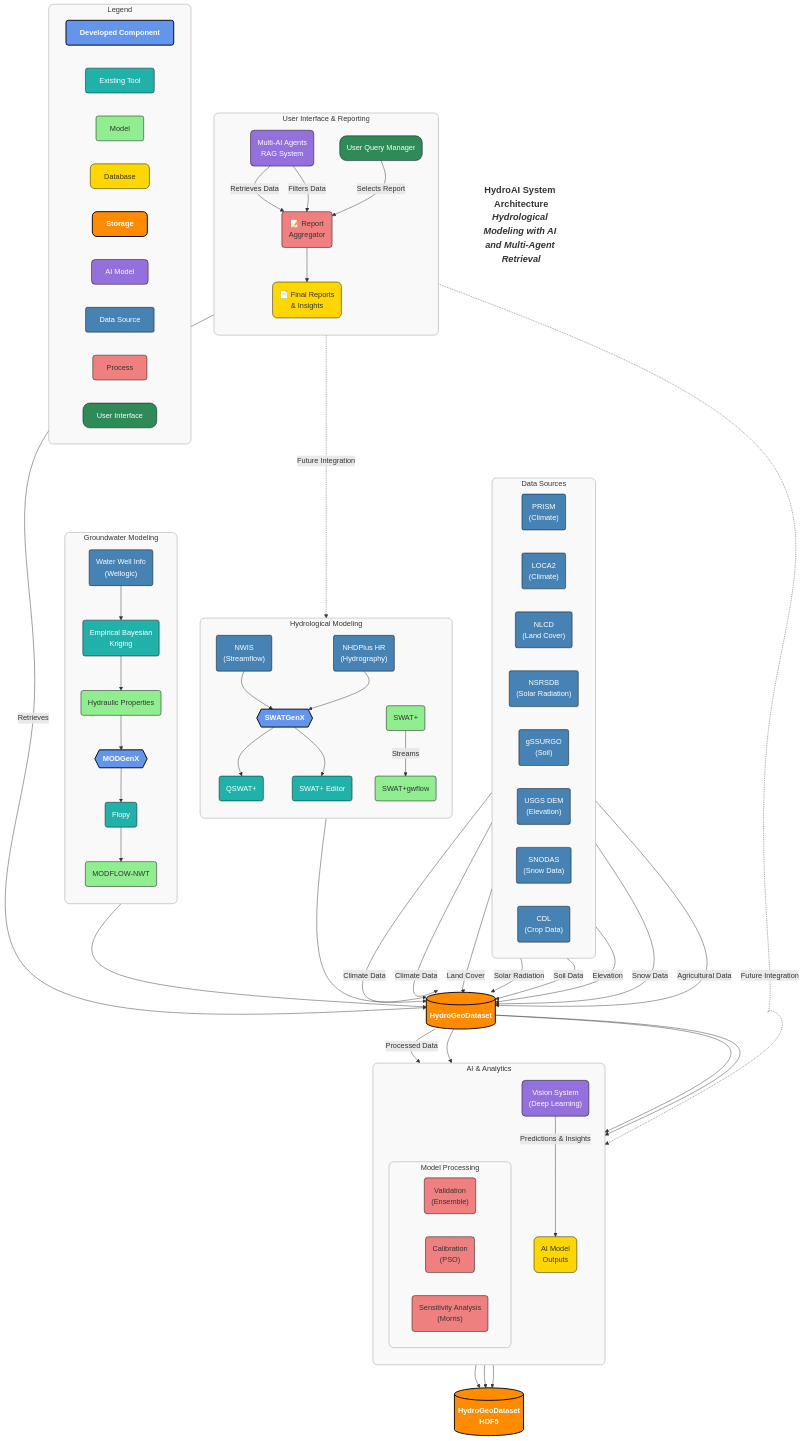
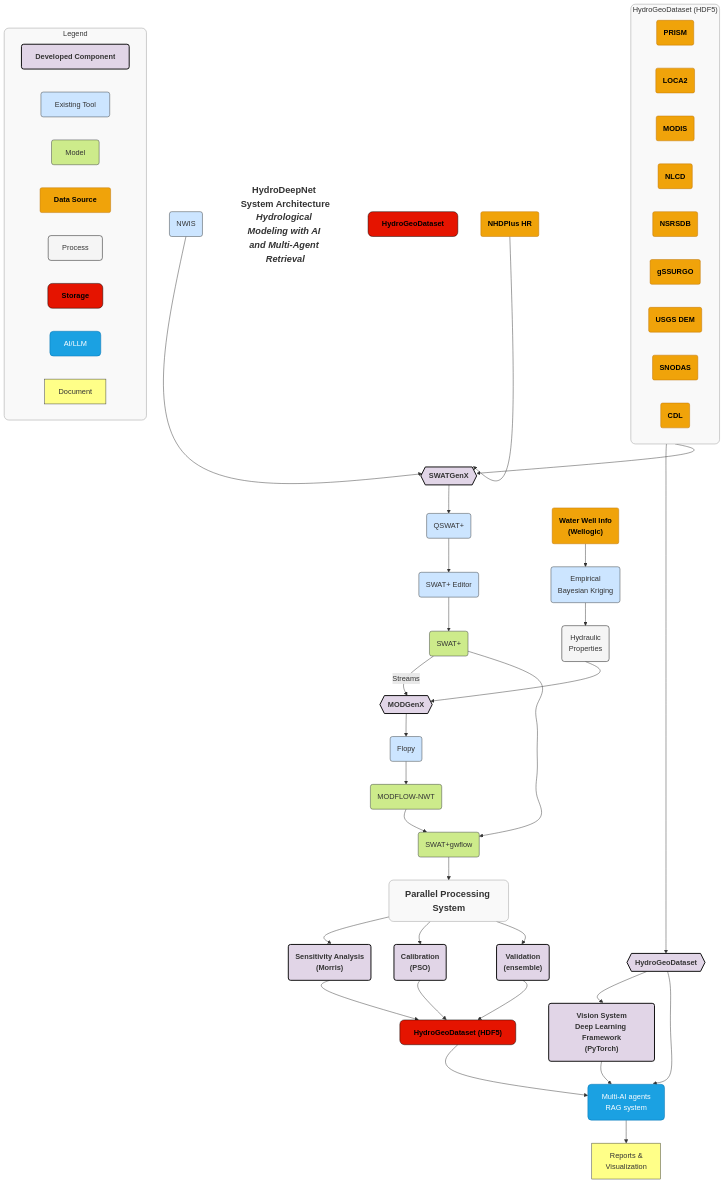
The diagram in README.md (VahidMSU/HydroDeepNet), drawn with Mermaid before and after one commit.

Commit message:
Fix Mermaid rendering issue

````diff
--- a/README.md
+++ b/README.md
@@ -1,85 +1,68 @@
 ```mermaid
 %%{init: {'theme': 'default', 'flowchart': {'curve': 'natural', 'diagramPadding': 20}, 'themeVariables': {'fontSize': '16px', 'fontFamily': 'arial'}}}%%
 graph TB
-    title["<b>HydroAI System Architecture</b><br><i>Hydrological Modeling with AI and Multi-Agent Retrieval</i>"]:::title
+    title["<b>HydroDeepNet System Architecture</b><br><i>Hydrological Modeling with AI and Multi-Agent Retrieval</i>"]:::title
 
-    %% Main subgraphs for logical organization
-    subgraph DataSources["Data Sources"]
+    %% Main data storage components
+    hydroGeoDatasetCyl["HydroGeoDataset"]:::storage
+    hydroGeoHDFCyl["HydroGeoDataset (HDF5)"]:::storage
+    
+    %% Data Sources group
+    subgraph DataSources["HydroGeoDataset (HDF5)"]
         direction LR
-        PRISM("PRISM<br>(Climate)"):::datasource
-        LOCA2("LOCA2<br>(Climate)"):::datasource
-        NLCD("NLCD<br>(Land Cover)"):::datasource
-        NSRSDB("NSRSDB<br>(Solar Radiation)"):::datasource
-        gSSURGO("gSSURGO<br>(Soil)"):::datasource
-        USGSDEM("USGS DEM<br>(Elevation)"):::datasource
-        SNODAS("SNODAS<br>(Snow Data)"):::datasource
-        CDL("CDL<br>(Crop Data)"):::datasource
+        PRISM("PRISM"):::datasource
+        LOCA2("LOCA2"):::datasource
+        MODIS("MODIS"):::datasource
+        NLCD("NLCD"):::datasource
+        NSRSDB("NSRSDB"):::datasource
+        gSSURGO("gSSURGO"):::datasource
+        USGSDEM("USGS DEM"):::datasource
+        SNODAS("SNODAS"):::datasource
+        CDL("CDL"):::datasource
     end
 
-    subgraph HydroModels["Hydrological Modeling"]
-        direction TB
-        NWIS("NWIS<br>(Streamflow)"):::datasource
-        NHDPlusHR("NHDPlus HR<br>(Hydrography)"):::datasource
-        SWATGenX{{SWATGenX}}:::developed
-        QSWATPlus("QSWAT+"):::existing
-        SWATPlusEditor("SWAT+ Editor"):::existing
-        SWATPlus("SWAT+"):::models
-        SWATPlusGwflow("SWAT+gwflow"):::models
-    end
+    %% Hydrological Modeling components
+    NWIS("NWIS"):::existing
+    NHDPlusHR("NHDPlus HR"):::datasource
+    SWATGenX{{SWATGenX}}:::developed
+    QSWATPlus("QSWAT+"):::existing
+    SWATPlusEditor("SWAT+ Editor"):::existing
+    SWATPlus("SWAT+"):::models
+    SWATPlusGwflow("SWAT+gwflow"):::models
 
-    subgraph GWModels["Groundwater Modeling"]
-        direction TB
-        WellInfo("Water Well Info<br>(Wellogic)"):::datasource
-        EBK("Empirical Bayesian<br>Kriging"):::existing
-        HydraulicProps("Hydraulic Properties"):::models
-        MODGenX{{MODGenX}}:::developed
-        Flopy("Flopy"):::existing
-        MODFLOWNWT("MODFLOW-NWT"):::models
-    end
-    
-    subgraph AI["AI & Analytics"]
-        direction TB
-        VisionSystem("Vision System<br>(Deep Learning)"):::llm
-        AI_Output("AI Model<br>Outputs"):::database
-        
-        subgraph ModelProcessing["Model Processing"]
-            direction LR
-            Validation("Validation<br>(Ensemble)"):::process
-            Calibration("Calibration<br>(PSO)"):::process
-            Sensitivity("Sensitivity Analysis<br>(Morris)"):::process
-        end
-    end
-    
-    subgraph UserInterface["User Interface & Reporting"]
-        direction TB
-        UserQuery("User Query Manager"):::user
-        MultiAI("Multi-AI Agents<br>RAG System"):::llm
-        ReportAggregator("📝 Report<br>Aggregator"):::process
-        Reports("📄 Final Reports<br>& Insights"):::database
-    end
-    
-    %% Central data storage
-    HydroGeoDataset[("HydroGeoDataset")]:::storage
-    HydroGeoDataset_HDF5[("HydroGeoDataset<br>HDF5")]:::storage
-    
+    %% Groundwater Modeling components
+    WellInfo("Water Well Info<br>(Wellogic)"):::datasource
+    EBK("Empirical<br>Bayesian Kriging"):::existing
+    HydraulicProps("Hydraulic<br>Properties"):::process
+    MODGenX{{MODGenX}}:::developed
+    Flopy("Flopy"):::existing
+    MODFLOWNWT("MODFLOW-NWT"):::models
+
+    %% Parallel Processing System
+    PPS["Parallel Processing System"]:::title
+    Validation("Validation<br>(ensemble)"):::developed
+    Calibration("Calibration<br>(PSO)"):::developed
+    Sensitivity("Sensitivity Analysis<br>(Morris)"):::developed
+
+    %% AI and Reporting
+    VisionSystem("Vision System<br>Deep Learning Framework<br>(PyTorch)"):::developed
+    MultiAI["Multi-AI agents<br>RAG system"]:::llm
+    Reports["Reports &<br>Visualization"]:::document
+    HydroGeoProcessor{{HydroGeoDataset}}:::developed
+
     %% Connections between components
-    %% Data source connections
-    PRISM -->|Climate Data| HydroGeoDataset
-    LOCA2 -->|Climate Data| HydroGeoDataset
-    NLCD -->|Land Cover| HydroGeoDataset
-    NSRSDB -->|Solar Radiation| HydroGeoDataset
-    gSSURGO -->|Soil Data| HydroGeoDataset
-    USGSDEM -->|Elevation| HydroGeoDataset
-    SNODAS -->|Snow Data| HydroGeoDataset
-    CDL -->|Agricultural Data| HydroGeoDataset
+    %% Data source to processor
+    DataSources --> HydroGeoProcessor
+    DataSources --> SWATGenX
 
     %% Hydrological modeling connections
     NWIS --> SWATGenX
     NHDPlusHR --> SWATGenX
     SWATGenX --> QSWATPlus
-    SWATGenX --> SWATPlusEditor
-    SWATPlus -->|Streams| SWATPlusGwflow
-    SWATPlusGwflow --> HydroGeoDataset
+    QSWATPlus --> SWATPlusEditor
+    SWATPlusEditor --> SWATPlus
+    SWATPlus -->|Streams| MODGenX
+    SWATPlus --> SWATPlusGwflow
 
     %% Groundwater modeling connections
     WellInfo --> EBK
@@ -87,58 +70,49 @@
     HydraulicProps --> MODGenX
     MODGenX --> Flopy
     Flopy --> MODFLOWNWT
-    MODFLOWNWT --> HydroGeoDataset
+    
+    %% Parallel Processing connections
+    SWATPlusGwflow --> PPS
+    MODFLOWNWT --> SWATPlusGwflow
+    PPS --> Sensitivity
+    PPS --> Calibration 
+    PPS --> Validation
+    Sensitivity --> hydroGeoHDFCyl
+    Calibration --> hydroGeoHDFCyl
+    Validation --> hydroGeoHDFCyl
 
-    %% AI & Analytics connections
-    HydroGeoDataset -->|Processed Data| VisionSystem
-    VisionSystem -->|Predictions & Insights| AI_Output
+    %% AI and storage connections
+    HydroGeoProcessor --> VisionSystem
+    VisionSystem --> MultiAI
+    hydroGeoHDFCyl --> MultiAI
+    HydroGeoProcessor --> MultiAI
+    MultiAI --> Reports
     
-    %% Processing connections
-    HydroGeoDataset --> Validation
-    HydroGeoDataset --> Calibration
-    HydroGeoDataset --> Sensitivity
-    Validation --> HydroGeoDataset_HDF5
-    Calibration --> HydroGeoDataset_HDF5
-    Sensitivity --> HydroGeoDataset_HDF5
-
-    %% User interface connections
-    MultiAI -->|Retrieves Data| ReportAggregator
-    ReportAggregator --> Reports
-    MultiAI -->|Retrieves| HydroGeoDataset
-    MultiAI -->|Filters Data| ReportAggregator
-    UserQuery -->|Selects Report| ReportAggregator
-
-    %% Future connections
-    MultiAI -.->|Future Integration| AI_Output
-    MultiAI -.->|Future Integration| SWATPlusGwflow
-
     %% Legend
     subgraph Legend["Legend"]
         direction LR
         dev["Developed Component"]:::developed
         ex["Existing Tool"]:::existing
         mod["Model"]:::models
-        db["Database"]:::database
-        sto["Storage"]:::storage
-        llm["AI Model"]:::llm
         ds["Data Source"]:::datasource
         proc["Process"]:::process
-        usr["User Interface"]:::user
+        stor["Storage"]:::storage
+        ai["AI/LLM"]:::llm
+        doc["Document"]:::document
     end
 
-    %% Enhanced styling with better colors
+    %% Enhanced styling with colors from the original diagram
     classDef title font-size:20px,fill:none,stroke:none,font-weight:bold,text-align:center
-    classDef developed fill:#6495ED,stroke:#000,stroke-width:2px,rx:5,ry:5,color:white,font-weight:bold
-    classDef existing fill:#20B2AA,stroke:#000,stroke-width:1px,rx:5,ry:5,color:white
-    classDef models fill:#90EE90,stroke:#000,stroke-width:1px,rx:5,ry:5
-    classDef database fill:#FFD700,stroke:#000,stroke-width:1px,rx:10,ry:10
-    classDef storage fill:#FF8C00,stroke:#000,stroke-width:2px,rx:10,ry:10,color:white,font-weight:bold
-    classDef llm fill:#9370DB,stroke:#000,stroke-width:1px,rx:8,ry:8,color:white
-    classDef datasource fill:#4682B4,stroke:#000,stroke-width:1px,rx:4,ry:4,color:white
-    classDef process fill:#F08080,stroke:#000,stroke-width:1px,rx:6,ry:6
-    classDef user fill:#2E8B57,stroke:#000,stroke-width:1px,rx:15,ry:15,color:white
-
+    classDef developed fill:#e1d5e7,stroke:#000000,stroke-width:2px,rx:5,ry:5,font-weight:bold
+    classDef existing fill:#cce5ff,stroke:#36393d,stroke-width:1px,rx:5,ry:5
+    classDef models fill:#cdeb8b,stroke:#36393d,stroke-width:1px,rx:5,ry:5
+    classDef datasource fill:#f0a30a,stroke:#BD7000,stroke-width:1px,rx:4,ry:4,color:#000000,font-weight:bold
+    classDef process fill:#f5f5f5,stroke:#000000,stroke-width:1px,rx:6,ry:6
+    classDef storage fill:#e51400,stroke:#000000,stroke-width:1px,rx:10,ry:10,color:#000000,font-weight:bold
+    classDef llm fill:#1ba1e2,stroke:#006EAF,stroke-width:1px,rx:8,ry:8,color:white
+    classDef document fill:#ffff88,stroke:#36393d,stroke-width:1px
+    
     %% Subgraph styling
     classDef subgraphStyle fill:#f9f9f9,stroke:#999,stroke-width:1px,rx:10,ry:10,color:#333
-    class DataSources,HydroModels,GWModels,AI,UserInterface,ModelProcessing,Legend subgraphStyle
+    class DataSources,Legend,PPS subgraphStyle
 ```
````
